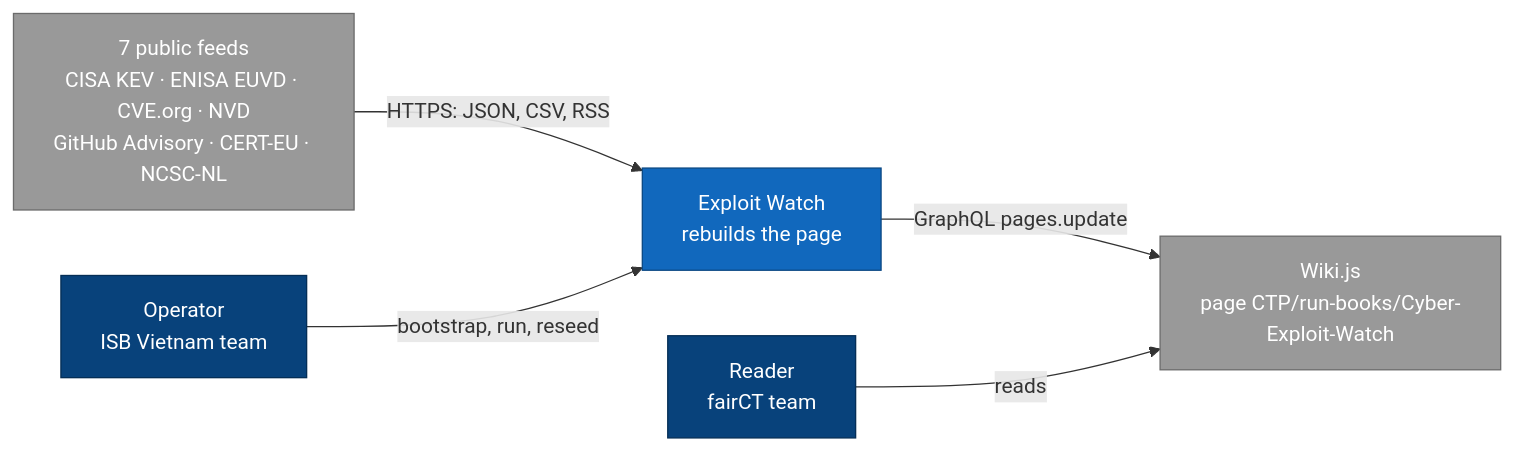
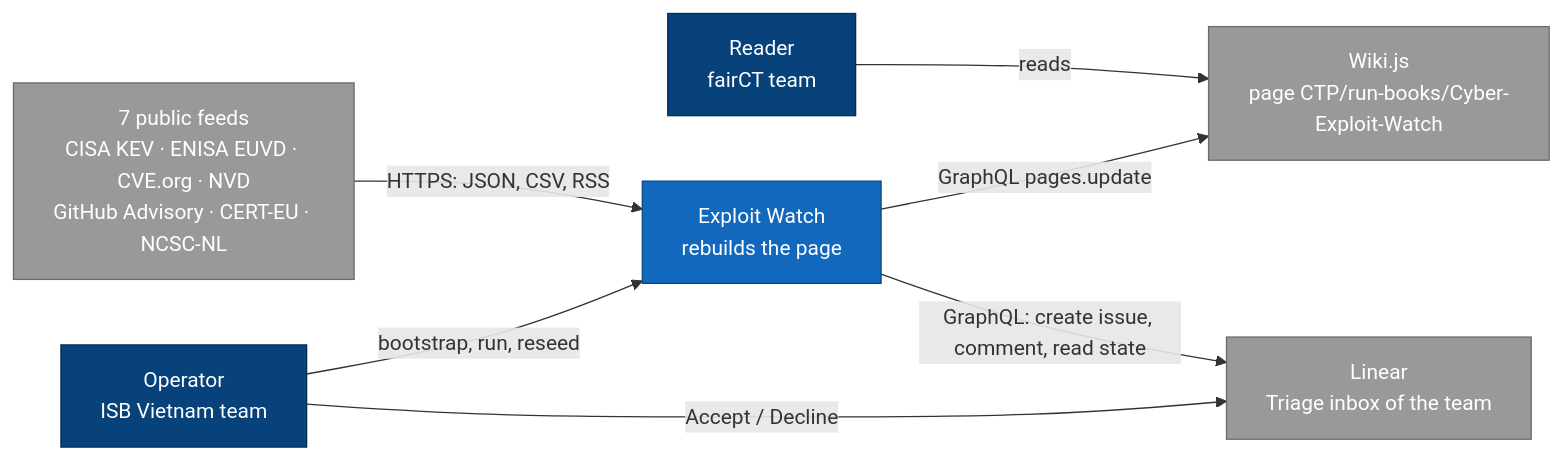
The first of 4 diagrams in README.md (mckema/cyber-dashboard), drawn with Mermaid before and after one commit. The commit also changed other lines of this file and 16 other files, not shown here.

````diff
--- a/README.md
+++ b/README.md
@@ -51,18 +58,21 @@
 ```mermaid
 flowchart LR
   classDef person fill:#08427b,stroke:#052e56,color:#fff
   classDef system fill:#1168bd,stroke:#0b4884,color:#fff
   classDef container fill:#438dd5,stroke:#2e6295,color:#fff
   classDef ext fill:#999,stroke:#6b6b6b,color:#fff
 
   reader["Reader<br/>fairCT team"]:::person
   op["Operator<br/>ISB Vietnam team"]:::person
   ew["Exploit Watch<br/>rebuilds the page"]:::system
   feeds["7 public feeds<br/>CISA KEV · ENISA EUVD · CVE.org · NVD<br/>GitHub Advisory · CERT-EU · NCSC-NL"]:::ext
   wiki["Wiki.js<br/>page CTP/run-books/Cyber-Exploit-Watch"]:::ext
+  linear["Linear<br/>Triage inbox of the team"]:::ext
 
   feeds -->|"HTTPS: JSON, CSV, RSS"| ew
   ew -->|"GraphQL pages.update"| wiki
+  ew -->|"GraphQL: create issue, comment, read state"| linear
   reader -->|reads| wiki
   op -->|"bootstrap, run, reseed"| ew
+  op -->|"Accept / Decline"| linear
 ```
````
